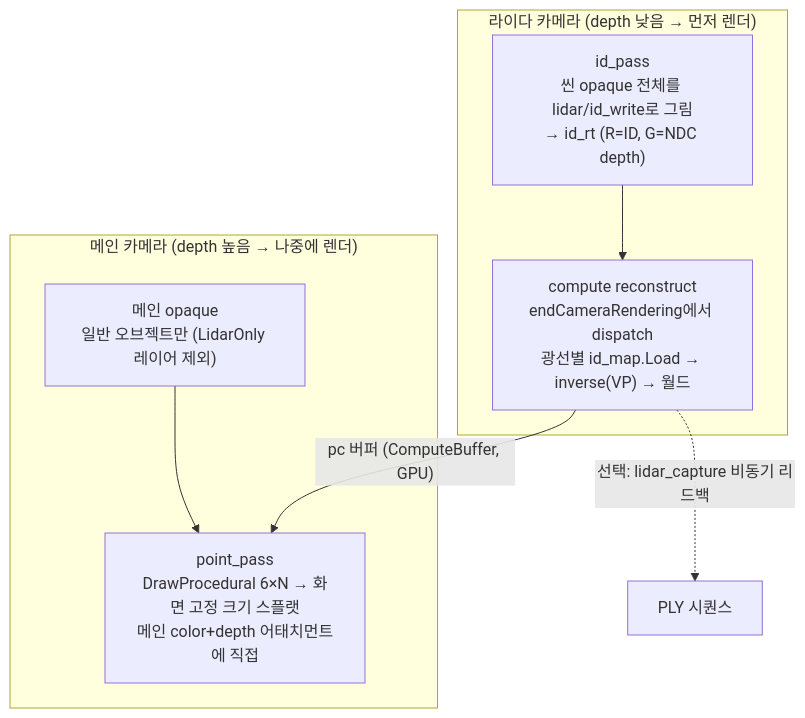
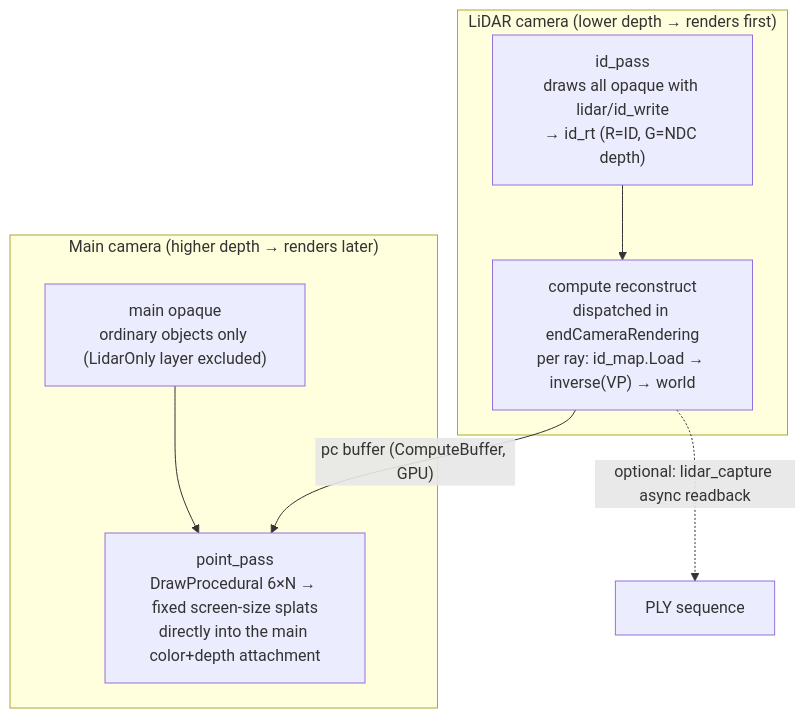
One commit to wonhotoss/LiDAR-mimic changed the diagram in unity/README.md. Above: the diagram before and after it, drawn with Mermaid. The commit also changed other lines of this file and 3 other files, not shown here.

````diff
--- a/unity/README.md
+++ b/unity/README.md
@@ -29,15 +32,15 @@
 ```mermaid
 flowchart TD
-    subgraph LC["라이다 카메라 (depth 낮음 → 먼저 렌더)"]
-        L1["id_pass<br/>씬 opaque 전체를 lidar/id_write로 그림<br/>→ id_rt (R=ID, G=NDC depth)"]
-        L2["compute reconstruct<br/>endCameraRendering에서 dispatch<br/>광선별 id_map.Load → inverse(VP) → 월드"]
+    subgraph LC["LiDAR camera (lower depth → renders first)"]
+        L1["id_pass<br/>draws all opaque with lidar/id_write<br/>→ id_rt (R=ID, G=NDC depth)"]
+        L2["compute reconstruct<br/>dispatched in endCameraRendering<br/>per ray: id_map.Load → inverse(VP) → world"]
         L1 --> L2
     end
-    subgraph MC["메인 카메라 (depth 높음 → 나중에 렌더)"]
-        M1["메인 opaque<br/>일반 오브젝트만 (LidarOnly 레이어 제외)"]
-        M2["point_pass<br/>DrawProcedural 6×N → 화면 고정 크기 스플랫<br/>메인 color+depth 어태치먼트에 직접"]
+    subgraph MC["Main camera (higher depth → renders later)"]
+        M1["main opaque<br/>ordinary objects only (LidarOnly layer excluded)"]
+        M2["point_pass<br/>DrawProcedural 6×N → fixed screen-size splats<br/>directly into the main color+depth attachment"]
         M1 --> M2
     end
-    L2 -->|"pc 버퍼 (ComputeBuffer, GPU)"| M2
-    L2 -.->|"선택: lidar_capture 비동기 리드백"| CAP["PLY 시퀀스"]
+    L2 -->|"pc buffer (ComputeBuffer, GPU)"| M2
+    L2 -.->|"optional: lidar_capture async readback"| CAP["PLY sequence"]
 ```
````
